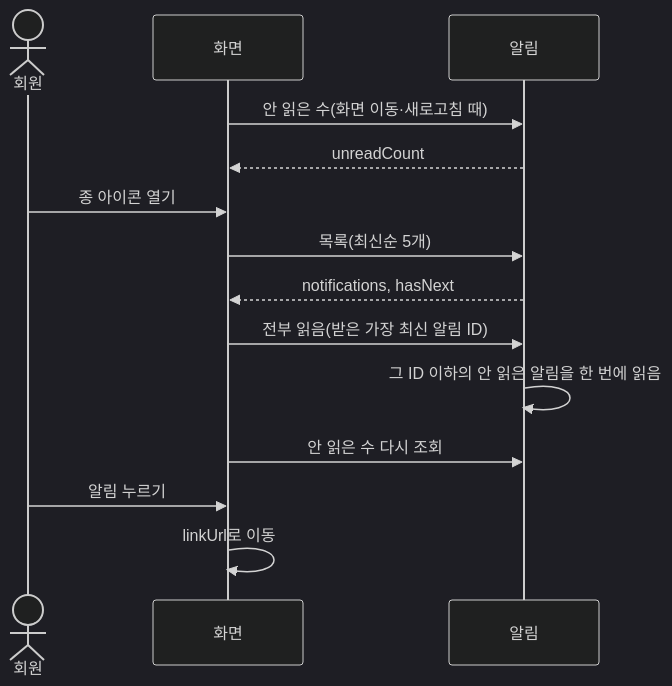
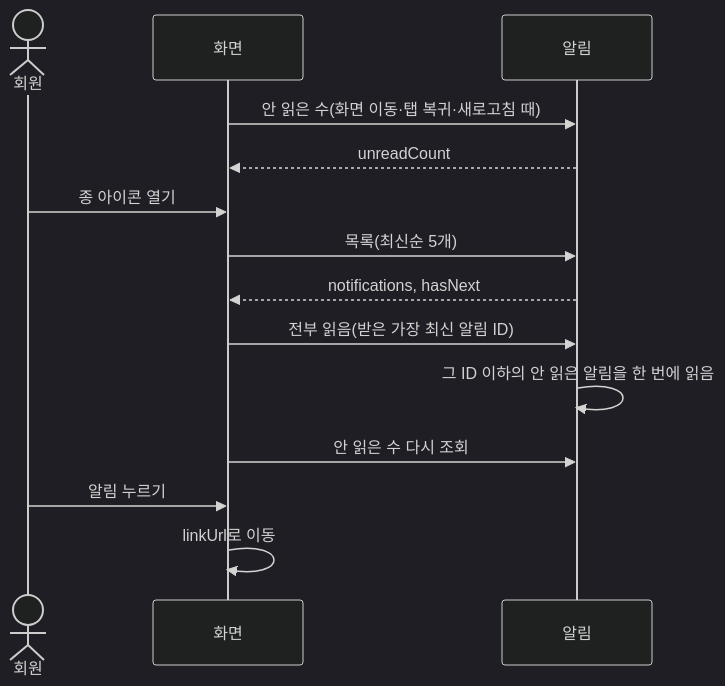
One commit to OdinAhn/take-care-of-my-fridge changed the second of 2 diagrams in docs/architecture/domains/notification.md. Above: the diagram before and after it, drawn with Mermaid (dark theme). The commit also changed other lines of this file and 3 other files, not shown here.

````diff
--- a/docs/architecture/domains/notification.md
+++ b/docs/architecture/domains/notification.md
@@ -53,16 +53,16 @@
 ```mermaid
 sequenceDiagram
     actor 회원
     participant 화면
     participant 알림
-    화면->>알림: 안 읽은 수(화면 이동·새로고침 때)
+    화면->>알림: 안 읽은 수(화면 이동·탭 복귀·새로고침 때)
     알림-->>화면: unreadCount
     회원->>화면: 종 아이콘 열기
     화면->>알림: 목록(최신순 5개)
     알림-->>화면: notifications, hasNext
     화면->>알림: 전부 읽음(받은 가장 최신 알림 ID)
     알림->>알림: 그 ID 이하의 안 읽은 알림을 한 번에 읽음
     화면->>알림: 안 읽은 수 다시 조회
     회원->>화면: 알림 누르기
     화면->>화면: linkUrl로 이동
 ```
````
